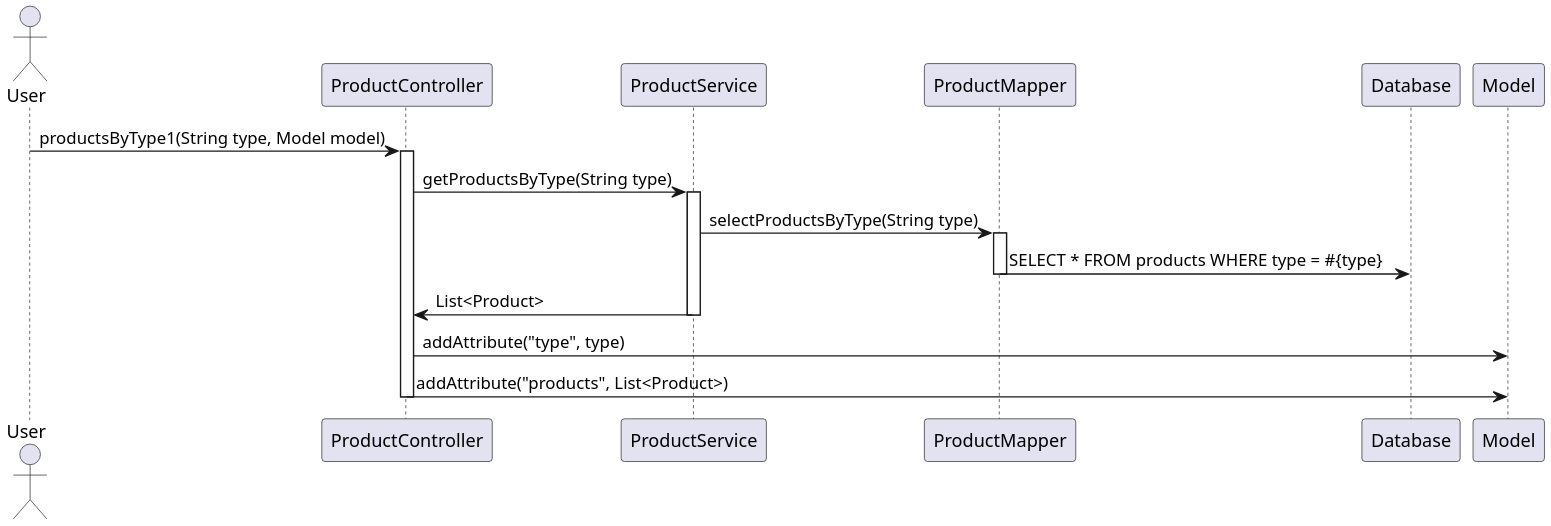
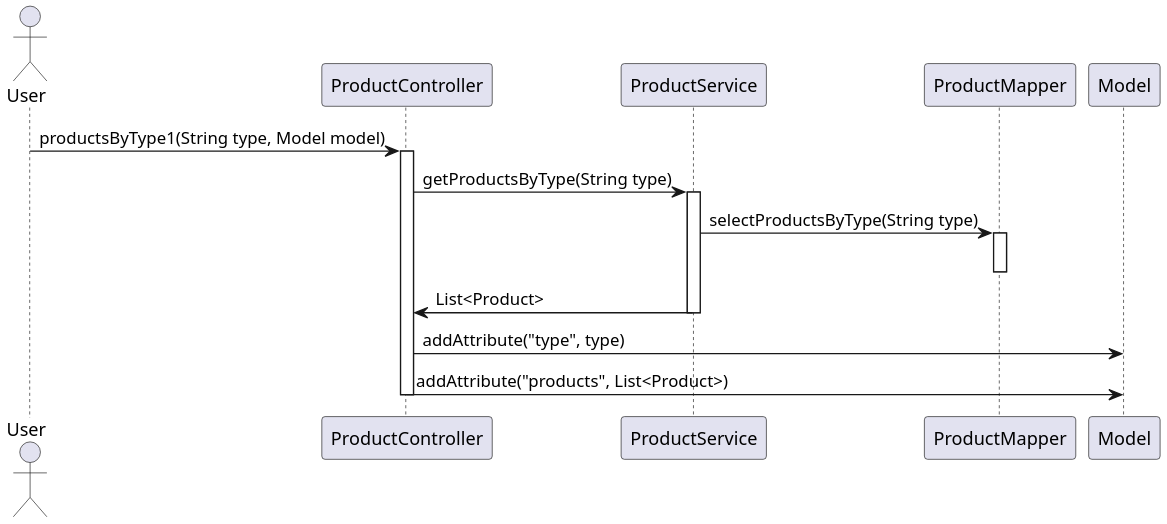
Before and after one commit to HYEON-DEV/SonyStore: the diagram in SonyStore/src/main/PUML/ProductController_Sequence1.puml, drawn with PlantUML. The commit also changed 4 other files, not shown here.

```diff
--- a/SonyStore/src/main/PUML/ProductController_Sequence1.puml
+++ b/SonyStore/src/main/PUML/ProductController_Sequence1.puml
@@ -1,24 +1,23 @@
 @startuml
 skinparam dpi 200
 
 actor User
 
 User -> ProductController : productsByType1(String type, Model model)
 activate ProductController
 
 ProductController -> ProductService : getProductsByType(String type)
 activate ProductService
 
 ProductService -> ProductMapper : selectProductsByType(String type)
 activate ProductMapper
-ProductMapper -> Database : SELECT * FROM products WHERE type = #{type}
 deactivate ProductMapper
 
 ProductService -> ProductController : List<Product>
 deactivate ProductService
 
 ProductController -> Model : addAttribute("type", type)
 ProductController -> Model : addAttribute("products", List<Product>)
 deactivate ProductController
 
 @enduml
```
